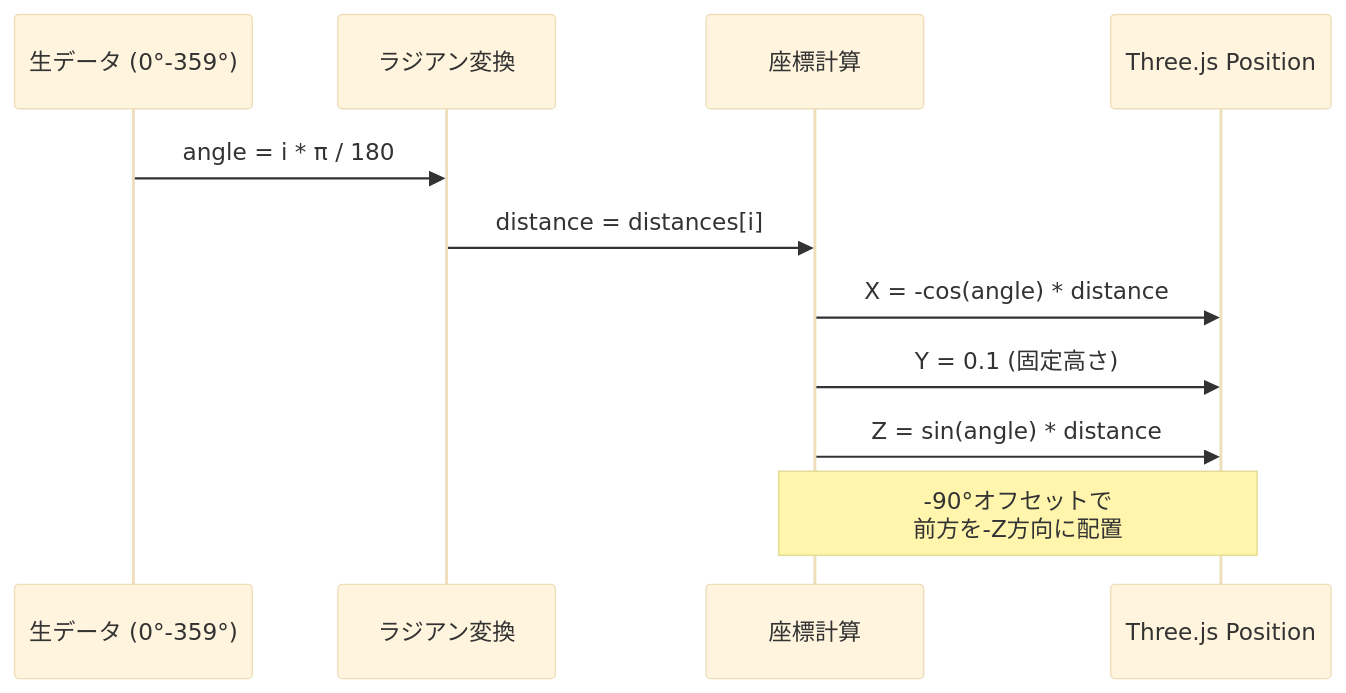
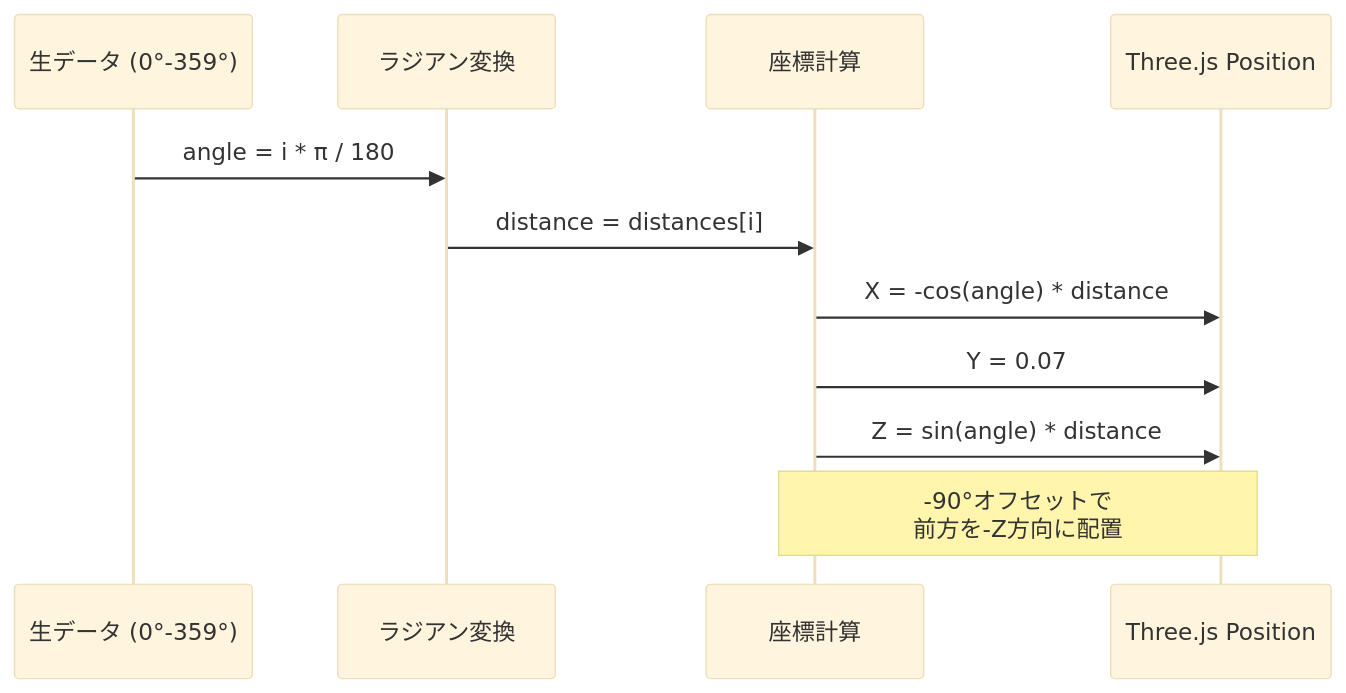
The third of 16 diagrams in README.md (Raptor-zip/AichiProgrammingContest2025-HardwareCategory), drawn with Mermaid (base theme) before and after one commit. The commit also changed other lines of this file and 5 other files, not shown here.

````diff
--- a/README.md
+++ b/README.md
@@ -134,15 +127,15 @@
 ```mermaid
 sequenceDiagram
     participant Raw as 生データ (0°-359°)
     participant Rad as ラジアン変換
     participant Calc as 座標計算
     participant Pos as Three.js Position
 
     Raw->>Rad: angle = i * π / 180
     Rad->>Calc: distance = distances[i]
     Calc->>Pos: X = -cos(angle) * distance
-    Calc->>Pos: Y = 0.1 (固定高さ)
+    Calc->>Pos: Y = 0.07
     Calc->>Pos: Z = sin(angle) * distance
 
     Note over Calc,Pos: -90°オフセットで<br/>前方を-Z方向に配置
 ```
````
